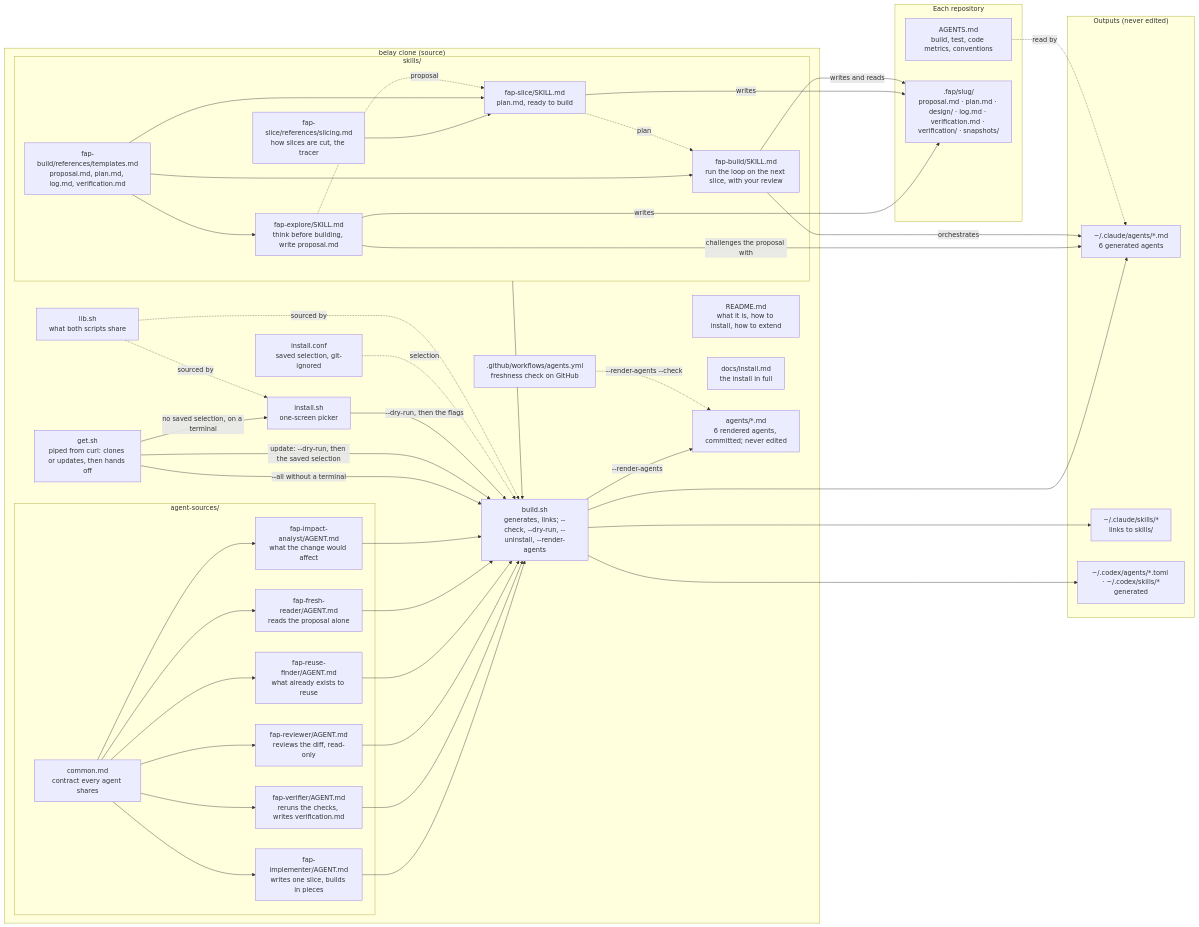
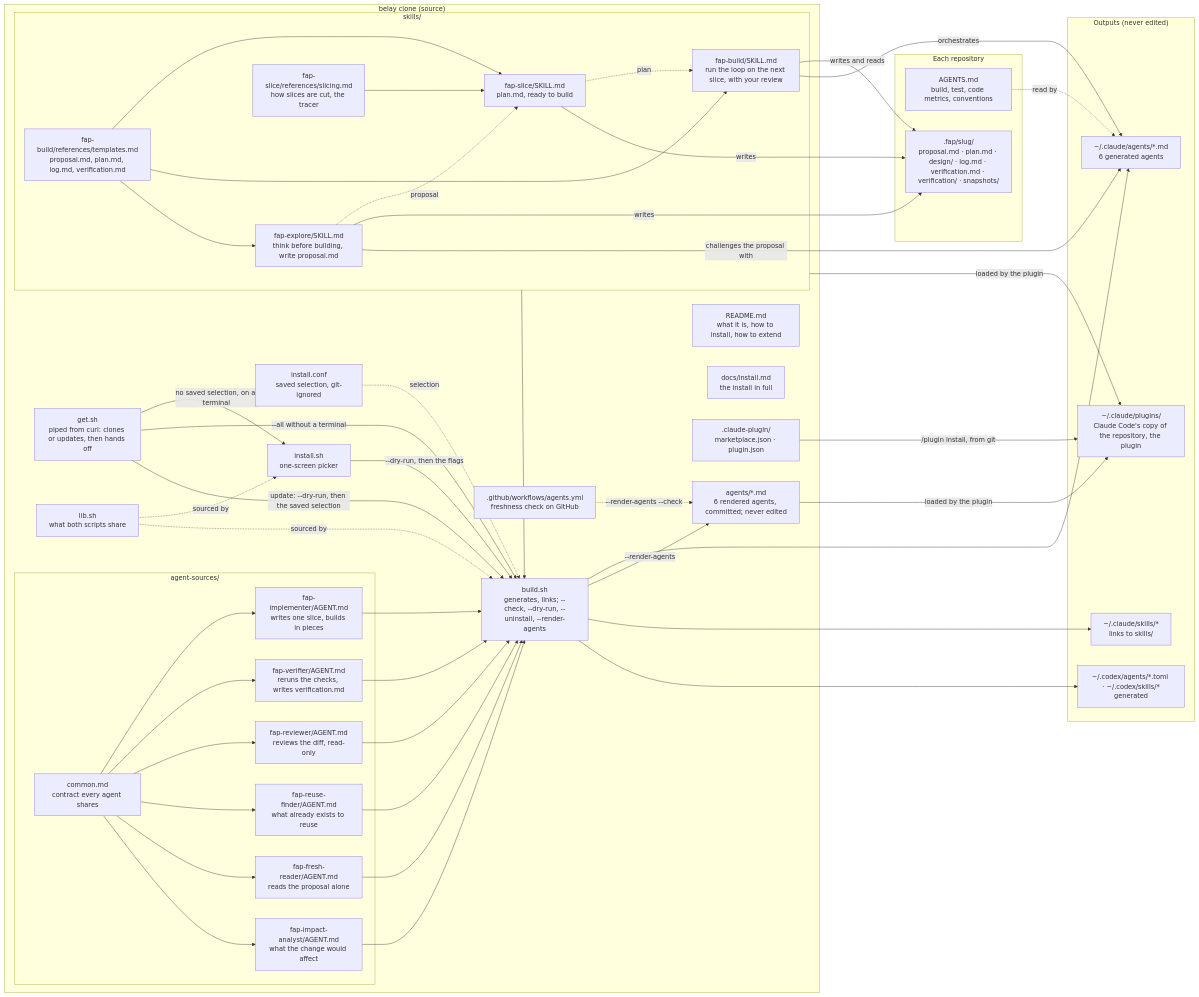
Before and after one commit to felipearpa/belay: the first of 2 diagrams in docs/structure.md, drawn with Mermaid. The commit also changed other lines of this file and 2 other files, not shown here.

````diff
--- a/docs/structure.md
+++ b/docs/structure.md
@@ -5,64 +5,68 @@
 ```mermaid
 flowchart LR
   subgraph SRC["belay clone (source)"]
     README["README.md<br/>what it is, how to install, how to extend"]
     DOCI["docs/install.md<br/>the install in full"]
     GET["get.sh<br/>piped from curl: clones or updates, then hands off"]
     INSTALL["install.sh<br/>one-screen picker"]
     BUILD["build.sh<br/>generates, links; --check, --dry-run, --uninstall, --render-agents"]
     LIB["lib.sh<br/>what both scripts share"]
     CONF["install.conf<br/>saved selection, git-ignored"]
     COMMITTED["agents/*.md<br/>6 rendered agents, committed; never edited"]
     CI[".github/workflows/agents.yml<br/>freshness check on GitHub"]
+    PLUG[".claude-plugin/<br/>marketplace.json · plugin.json"]
     subgraph AG["agent-sources/"]
       COMMON["common.md<br/>contract every agent shares"]
       IMPL["fap-implementer/AGENT.md<br/>writes one slice, builds in pieces"]
       VER["fap-verifier/AGENT.md<br/>reruns the checks, writes verification.md"]
       REV["fap-reviewer/AGENT.md<br/>reviews the diff, read-only"]
       RF["fap-reuse-finder/AGENT.md<br/>what already exists to reuse"]
       FR["fap-fresh-reader/AGENT.md<br/>reads the proposal alone"]
       IA["fap-impact-analyst/AGENT.md<br/>what the change would affect"]
     end
     subgraph SK["skills/"]
       EXPL["fap-explore/SKILL.md<br/>think before building, write proposal.md"]
       PLAN["fap-slice/SKILL.md<br/>plan.md, ready to build"]
       FB["fap-build/SKILL.md<br/>run the loop on the next slice, with your review"]
       SLI["fap-slice/references/slicing.md<br/>how slices are cut, the tracer"]
       TPL["fap-build/references/templates.md<br/>proposal.md, plan.md, log.md, verification.md"]
     end
   end
 
   subgraph OUT["Outputs (never edited)"]
+    PC["~/.claude/plugins/<br/>Claude Code's copy of the repository, the plugin"]
     CA["~/.claude/agents/*.md<br/>6 generated agents"]
     CS["~/.claude/skills/*<br/>links to skills/"]
     CX["~/.codex/agents/*.toml · ~/.codex/skills/*<br/>generated"]
   end
 
   subgraph REPO["Each repository"]
     AGENTS["AGENTS.md<br/>build, test, code metrics, conventions"]
     FAP[".fap/slug/<br/>proposal.md · plan.md · design/ · log.md · verification.md · verification/ · snapshots/"]
   end
 
   COMMON --> IMPL & VER & REV & RF & FR & IA
   IMPL & VER & REV & RF & FR & IA --> BUILD --> CA
   BUILD -- "--render-agents" --> COMMITTED
   CI -. "--render-agents --check" .-> COMMITTED
+  PLUG -- "/plugin install, from git" --> PC
+  COMMITTED & SK -- "loaded by the plugin" --> PC
   SK --> BUILD --> CS
   BUILD --> CX
   GET -- "no saved selection, on a terminal" --> INSTALL
   GET -- "--all without a terminal" --> BUILD
   GET -- "update: --dry-run, then the saved selection" --> BUILD
   INSTALL -- "--dry-run, then the flags" --> BUILD
   CONF -. "selection" .-> BUILD
   LIB -. "sourced by" .-> INSTALL & BUILD
   SLI & TPL --> PLAN
   TPL --> FB & EXPL
   PLAN -. "plan" .-> FB
   EXPL -. "proposal" .-> PLAN
   EXPL -- "writes" --> FAP
   EXPL -- "challenges the proposal with" --> CA
   PLAN -- "writes" --> FAP
   FB -- "writes and reads" --> FAP
   FB -- "orchestrates" --> CA
   AGENTS -. "read by" .-> CA
 ```
````
